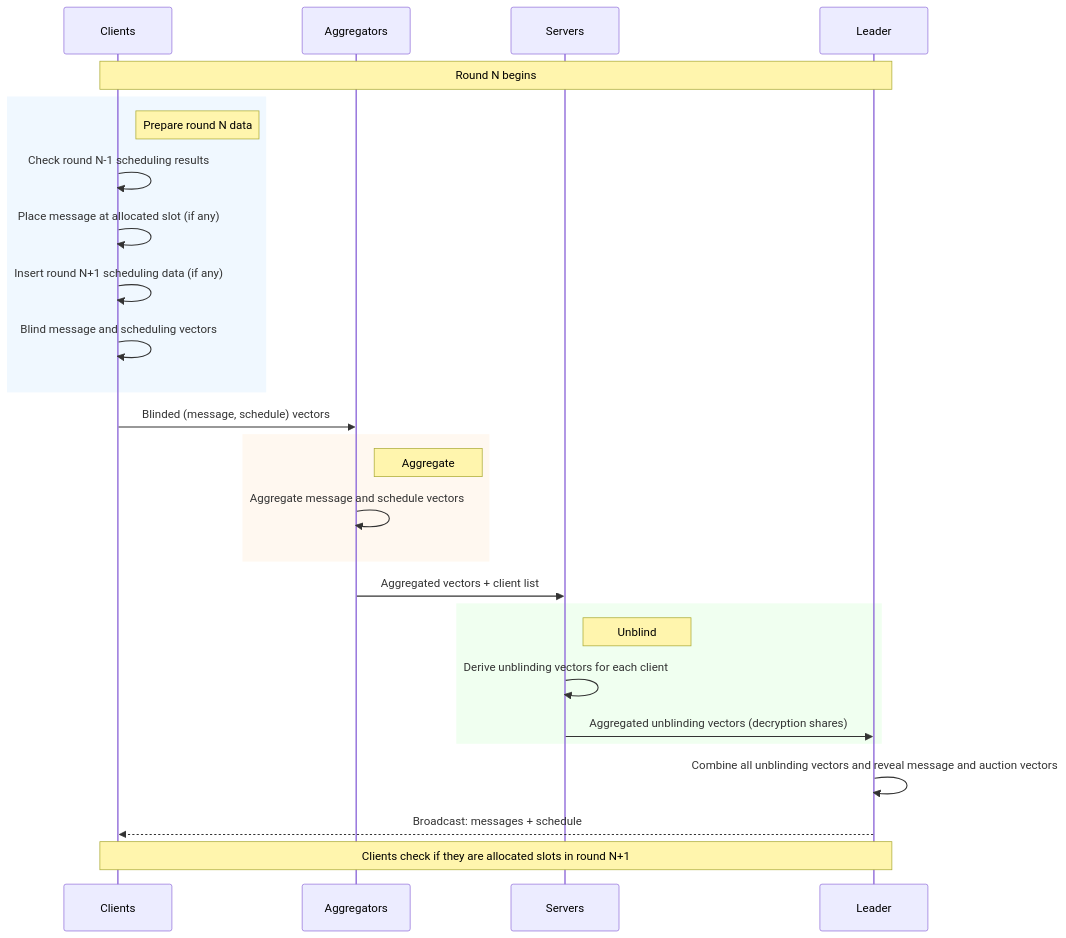
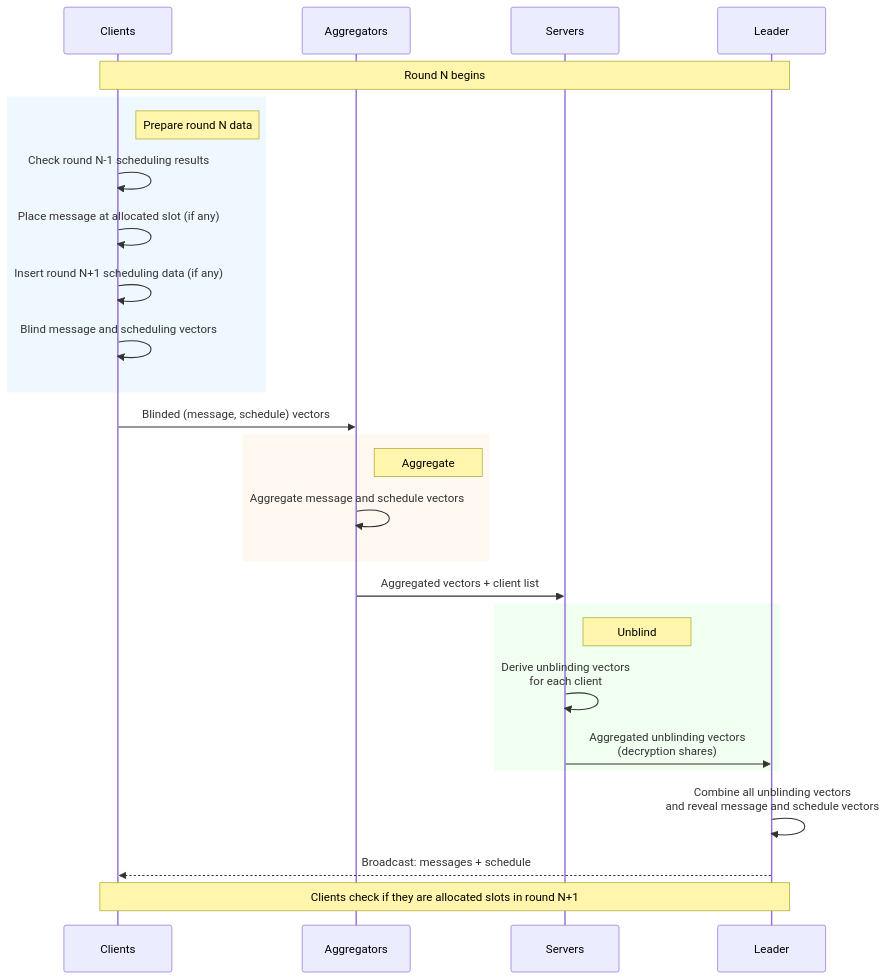
One commit to flashbots/adcnet changed the first of 2 diagrams in protocol/protocol.md. Above: the diagram before and after it, drawn with Mermaid. The commit also changed other lines of this file, not shown here.

Commit message:
Auction diagram

````diff
--- a/protocol/protocol.md
+++ b/protocol/protocol.md
@@ -10,37 +10,37 @@
 ```mermaid
 sequenceDiagram
     participant C as Clients
     participant A as Aggregators
     participant S as Servers
     participant L as Leader
 
     Note over C,L: Round N begins
 
     rect rgb(240, 248, 255)
         Note right of C: Prepare round N data
         C->>C: Check round N-1 scheduling results
         C->>C: Place message at allocated slot (if any)
         C->>C: Insert round N+1 scheduling data (if any)
         C->>C: Blind message and scheduling vectors
     end
 
     C->>A: Blinded (message, schedule) vectors
 
     rect rgb(255, 248, 240)
         Note right of A: Aggregate
         A->>A: Aggregate message and schedule vectors
     end
 
     A->>S: Aggregated vectors + client list
 
     rect rgb(240, 255, 240)
         Note right of S: Unblind
-        S->>S: Derive unblinding vectors for each client
-        S->>L: Aggregated unblinding vectors (decryption shares)
+        S->>S: Derive unblinding vectors<br/>for each client
+        S->>L: Aggregated unblinding vectors<br/>(decryption shares)
     end
 
-    L->>L: Combine all unblinding vectors and reveal message and auction vectors
+    L->>L: Combine all unblinding vectors<br/>and reveal message and schedule vectors
     L-->>C: Broadcast: messages + schedule 
 
     Note over C,L: Clients check if they are allocated slots in round N+1
 ```
````
